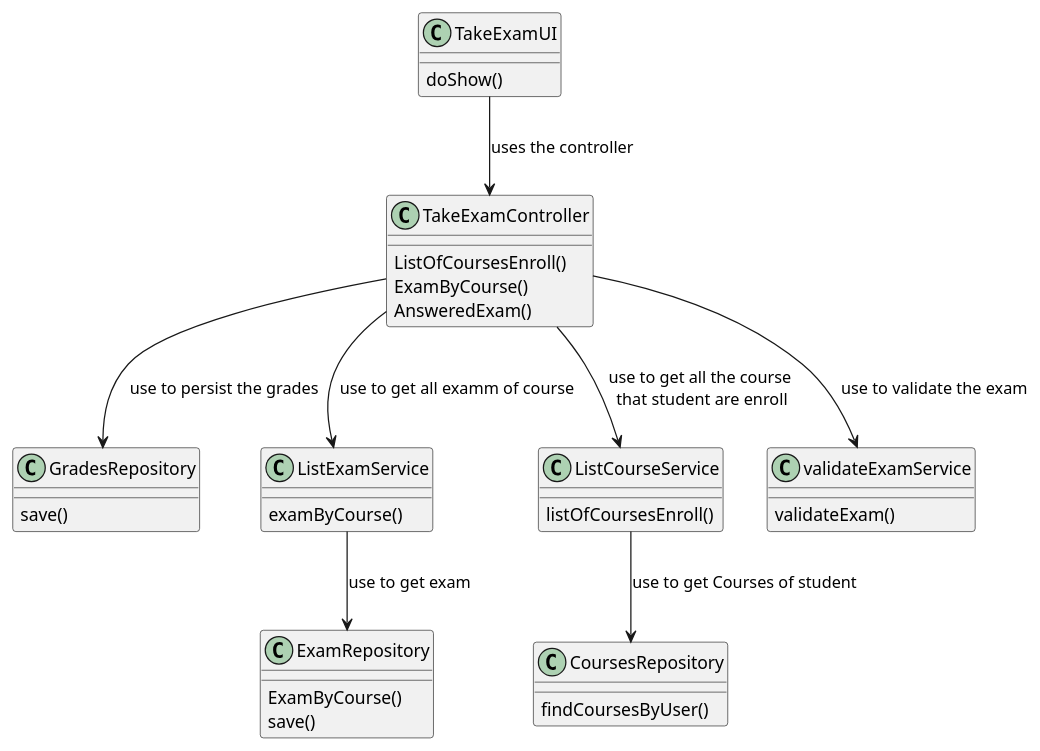
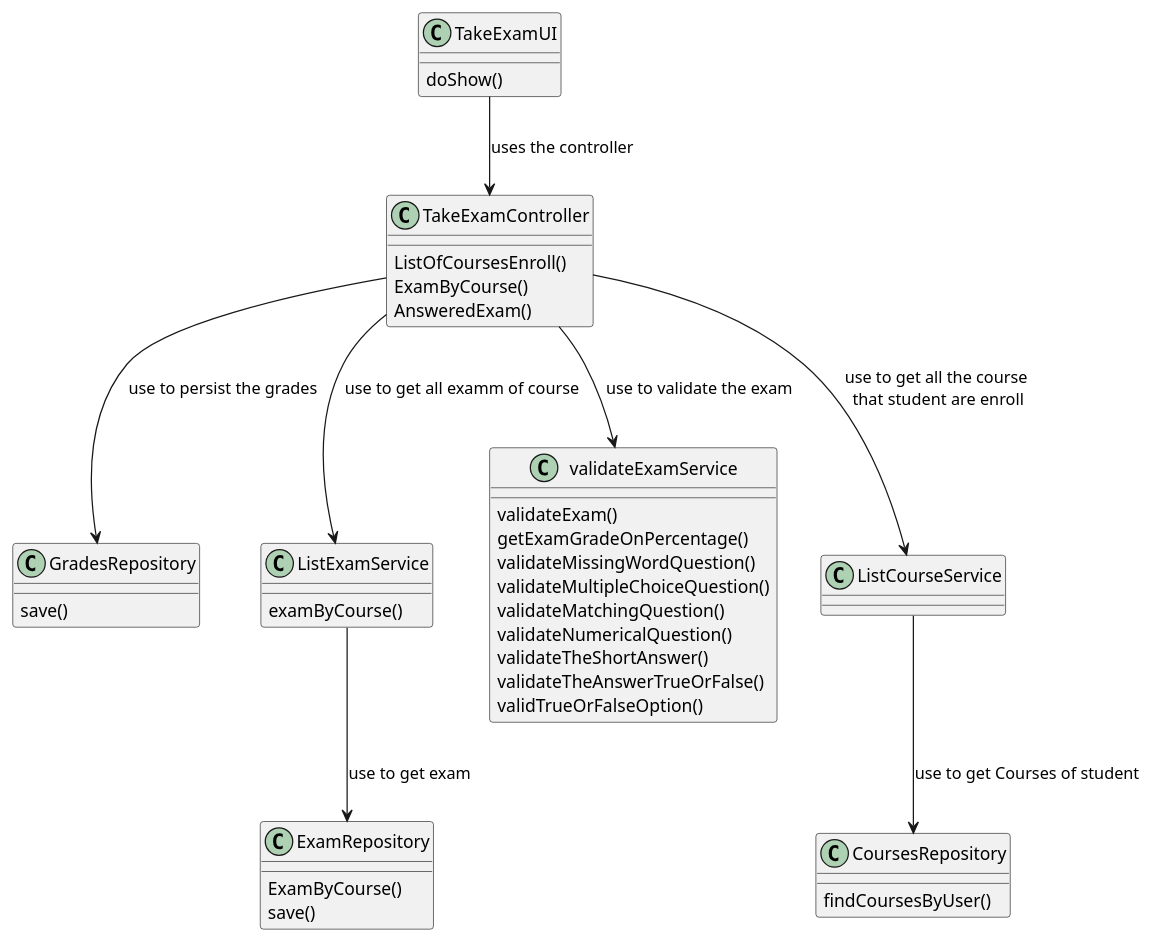
Before and after one commit to mascenso/isep-sem4-lapr4: the diagram in docs/SPRINT C/US2004 - take a exam/cd-2004.puml, drawn with PlantUML. The commit also changed 4 other files, not shown here.

```diff
--- a/docs/SPRINT C/US2004 - take a exam/cd-2004.puml
+++ b/docs/SPRINT C/US2004 - take a exam/cd-2004.puml
@@ -1,44 +1,49 @@
 @startuml
 
 
 class TakeExamController {
     ListOfCoursesEnroll()
     ExamByCourse()
     AnsweredExam()
 }
 
 class ExamRepository {
     ExamByCourse()
     save()
 }
 
 class CoursesRepository{
     findCoursesByUser()
 }
 
 class GradesRepository{
     save()
 }
 
 class ListExamService {
     examByCourse()
 }
 
-class ListCourseService{
-    listOfCoursesEnroll()
-}
 
 class validateExamService{
     validateExam()
+    getExamGradeOnPercentage()
+    validateMissingWordQuestion()
+    validateMultipleChoiceQuestion()
+    validateMatchingQuestion()
+    validateNumericalQuestion()
+    validateTheShortAnswer()
+    validateTheAnswerTrueOrFalse()
+    validTrueOrFalseOption()
 }
 
 TakeExamUI : doShow()
 TakeExamUI -down-> TakeExamController: uses the controller
 
 ListExamService --> ExamRepository: use to get exam
 ListCourseService --> CoursesRepository: use to get Courses of student
 TakeExamController --> validateExamService: use to validate the exam
 TakeExamController --> ListCourseService: use to get all the course\n that student are enroll
 TakeExamController --> ListExamService: use to get all examm of course
 TakeExamController --> GradesRepository: use to persist the grades
 @enduml
```
